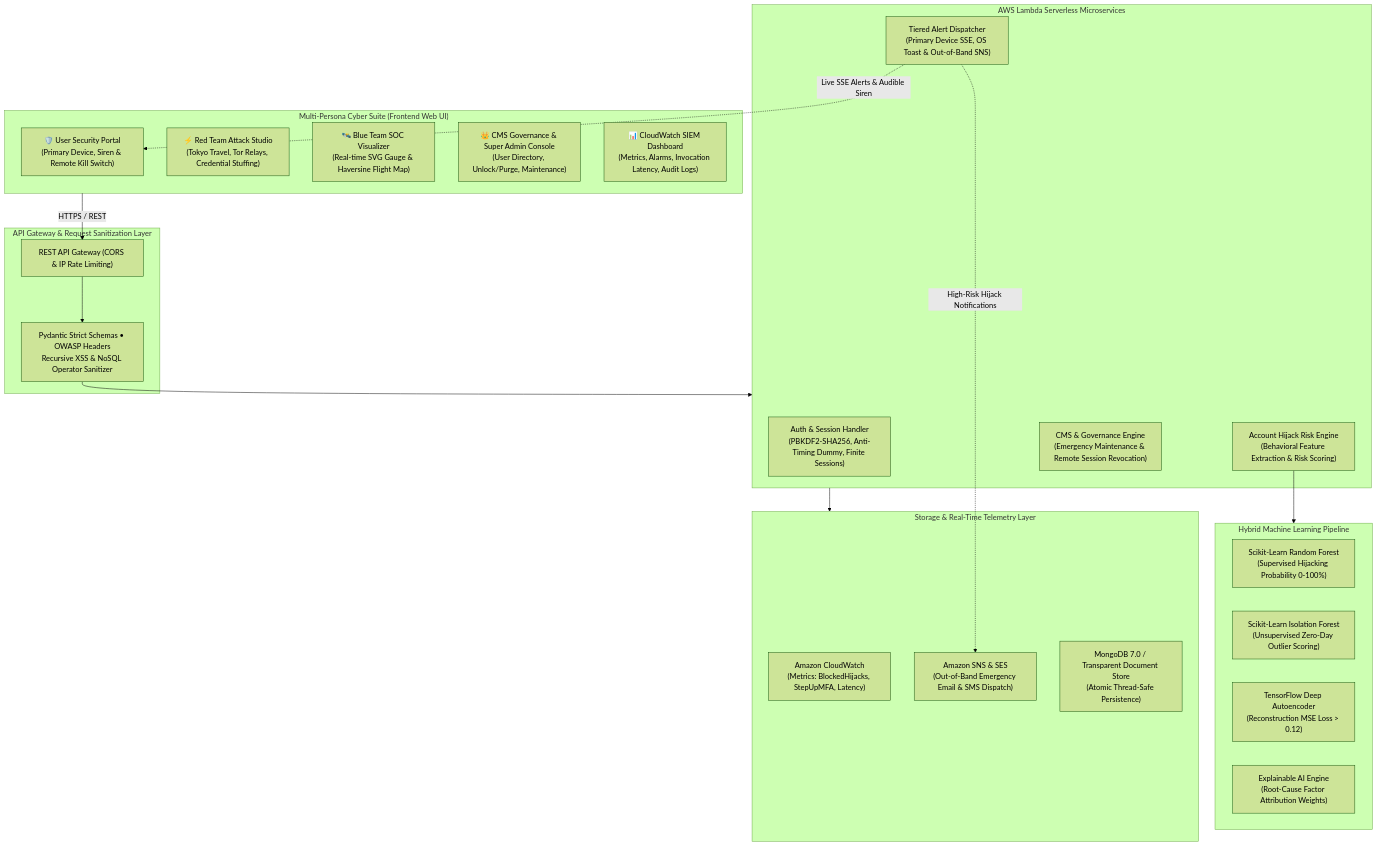
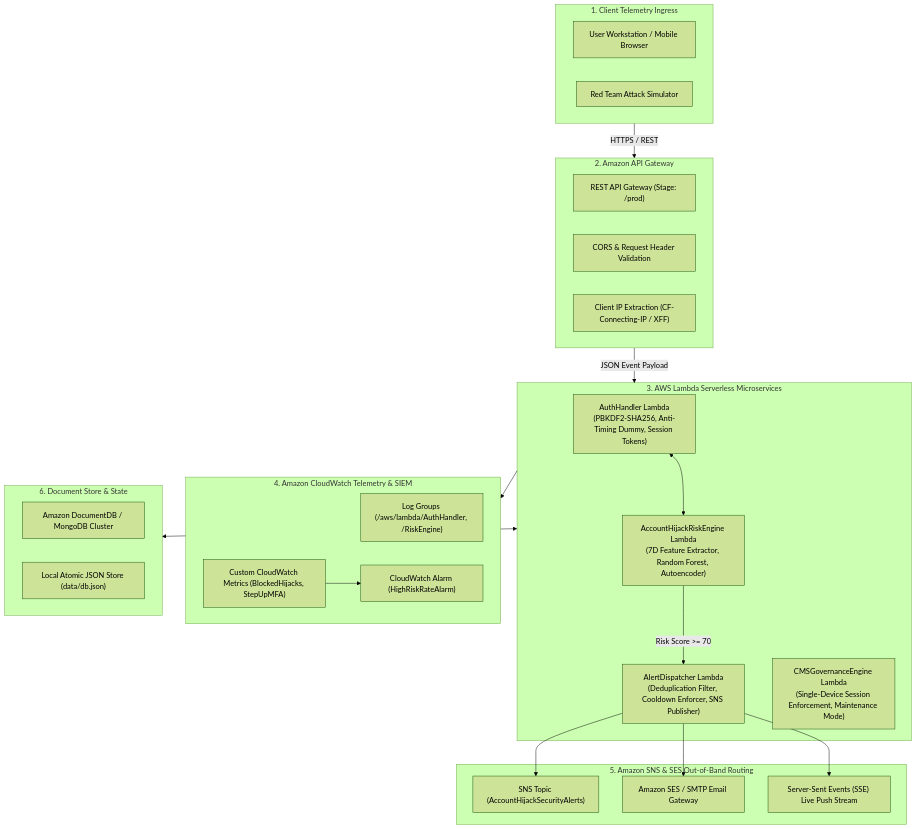
Before and after one commit to rootnode-rebels/aws-security: the first of 2 diagrams in README.md, drawn with Mermaid (forest theme). The commit also changed other lines of this file and 3 other files, not shown here.

Commit message:
docs: expand tech stack, AWS deep dive reference guide, and scrub sensitive admin credentials

````diff
--- a/README.md
+++ b/README.md
@@ -55,41 +72,48 @@
 ```mermaid
 flowchart TD
-    subgraph CLIENT["Multi-Persona Cyber Suite (Frontend Web UI)"]
-        U1["🛡️ User Security Portal<br/>(Primary Device, Siren & Remote Kill Switch)"]
-        U2["⚡ Red Team Attack Studio<br/>(Tokyo Travel, Tor Relays, Credential Stuffing)"]
-        U3["🛰️ Blue Team SOC Visualizer<br/>(Real-time SVG Gauge & Haversine Flight Map)"]
-        U4["👑 CMS Governance & Super Admin Console<br/>(User Directory, Unlock/Purge, Maintenance)"]
-        U5["📊 CloudWatch SIEM Dashboard<br/>(Metrics, Alarms, Invocation Latency, Audit Logs)"]
+    subgraph CLIENT["1. Client Telemetry Ingress"]
+        C1["User Workstation / Mobile Browser"]
+        C2["Red Team Attack Simulator"]
     end
 
-    subgraph GATEWAY["API Gateway & Request Sanitization Layer"]
-        GW["REST API Gateway (CORS & IP Rate Limiting)"]
-        V["Pydantic Strict Schemas • OWASP Headers<br/>Recursive XSS & NoSQL Operator Sanitizer"]
+    subgraph APIGW["2. Amazon API Gateway"]
+        AG1["REST API Gateway (Stage: /prod)"]
+        AG2["CORS & Request Header Validation"]
+        AG3["Client IP Extraction (CF-Connecting-IP / XFF)"]
     end
 
-    subgraph COMPUTE["AWS Lambda Serverless Microservices"]
-        L1["Auth & Session Handler<br/>(PBKDF2-SHA256, Anti-Timing Dummy, Finite Sessions)"]
-        L2["Account Hijack Risk Engine<br/>(Behavioral Feature Extraction & Risk Scoring)"]
-        L3["Tiered Alert Dispatcher<br/>(Primary Device SSE, OS Toast & Out-of-Band SNS)"]
-        L4["CMS & Governance Engine<br/>(Emergency Maintenance & Remote Session Revocation)"]
+    subgraph LAMBDA["3. AWS Lambda Serverless Microservices"]
+        L1["AuthHandler Lambda<br/>(PBKDF2-SHA256, Anti-Timing Dummy, Session Tokens)"]
+        L2["AccountHijackRiskEngine Lambda<br/>(7D Feature Extractor, Random Forest, Autoencoder)"]
+        L3["AlertDispatcher Lambda<br/>(Deduplication Filter, Cooldown Enforcer, SNS Publisher)"]
+        L4["CMSGovernanceEngine Lambda<br/>(Single-Device Session Enforcement, Maintenance Mode)"]
     end
 
-    subgraph ML["Hybrid Machine Learning Pipeline"]
-        M1["Scikit-Learn Random Forest<br/>(Supervised Hijacking Probability 0-100%)"]
-        M2["Scikit-Learn Isolation Forest<br/>(Unsupervised Zero-Day Outlier Scoring)"]
-        M3["TensorFlow Deep Autoencoder<br/>(Reconstruction MSE Loss > 0.12)"]
-        M4["Explainable AI Engine<br/>(Root-Cause Factor Attribution Weights)"]
+    subgraph CW["4. Amazon CloudWatch Telemetry & SIEM"]
+        CW1["Log Groups (/aws/lambda/AuthHandler, /RiskEngine)"]
+        CW2["Custom CloudWatch Metrics (BlockedHijacks, StepUpMFA)"]
+        CW3["CloudWatch Alarm (HighRiskRateAlarm)"]
     end
 
-    subgraph STORAGE["Storage & Real-Time Telemetry Layer"]
-        CW["Amazon CloudWatch<br/>(Metrics: BlockedHijacks, StepUpMFA, Latency)"]
-        SNS["Amazon SNS & SES<br/>(Out-of-Band Emergency Email & SMS Dispatch)"]
-        DB["MongoDB 7.0 / Transparent Document Store<br/>(Atomic Thread-Safe Persistence)"]
+    subgraph NOTIF["5. Amazon SNS & SES Out-of-Band Routing"]
+        SNS1["SNS Topic (AccountHijackSecurityAlerts)"]
+        SES1["Amazon SES / SMTP Email Gateway"]
+        SSE1["Server-Sent Events (SSE) Live Push Stream"]
     end
 
-    CLIENT -->|HTTPS / REST| GW --> V --> COMPUTE
-    L2 --> ML
-    COMPUTE --> STORAGE
-    L3 -.->|Live SSE Alerts & Audible Siren| U1
-    L3 -.->|High-Risk Hijack Notifications| SNS
+    subgraph DATA["6. Document Store & State"]
+        DB1["Amazon DocumentDB / MongoDB Cluster"]
+        DB2["Local Atomic JSON Store (data/db.json)"]
+    end
+
+    CLIENT -->|HTTPS / REST| APIGW
+    APIGW -->|JSON Event Payload| LAMBDA
+    L1 <--> L2
+    L2 -->|Risk Score >= 70| L3
+    LAMBDA --> CW
+    L3 --> SNS1
+    L3 --> SES1
+    L3 --> SSE1
+    LAMBDA <--> DATA
+    CW2 --> CW3
 ```
````
